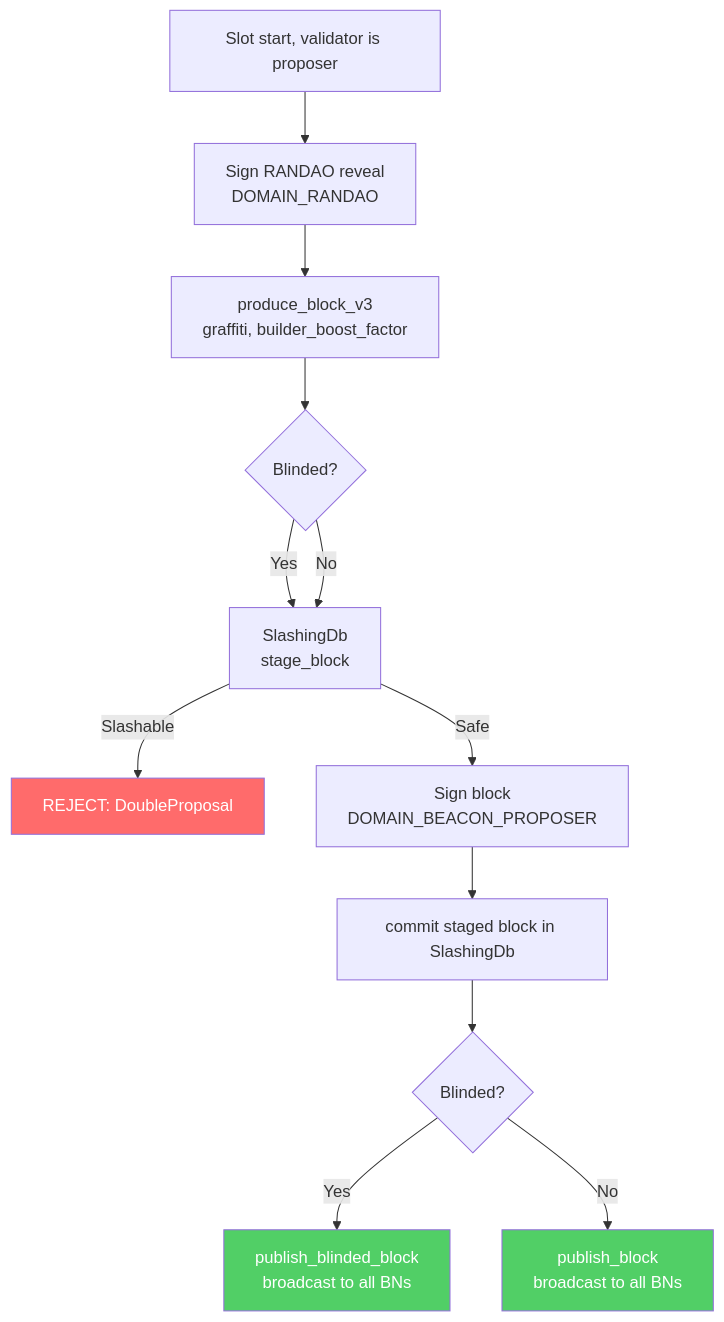
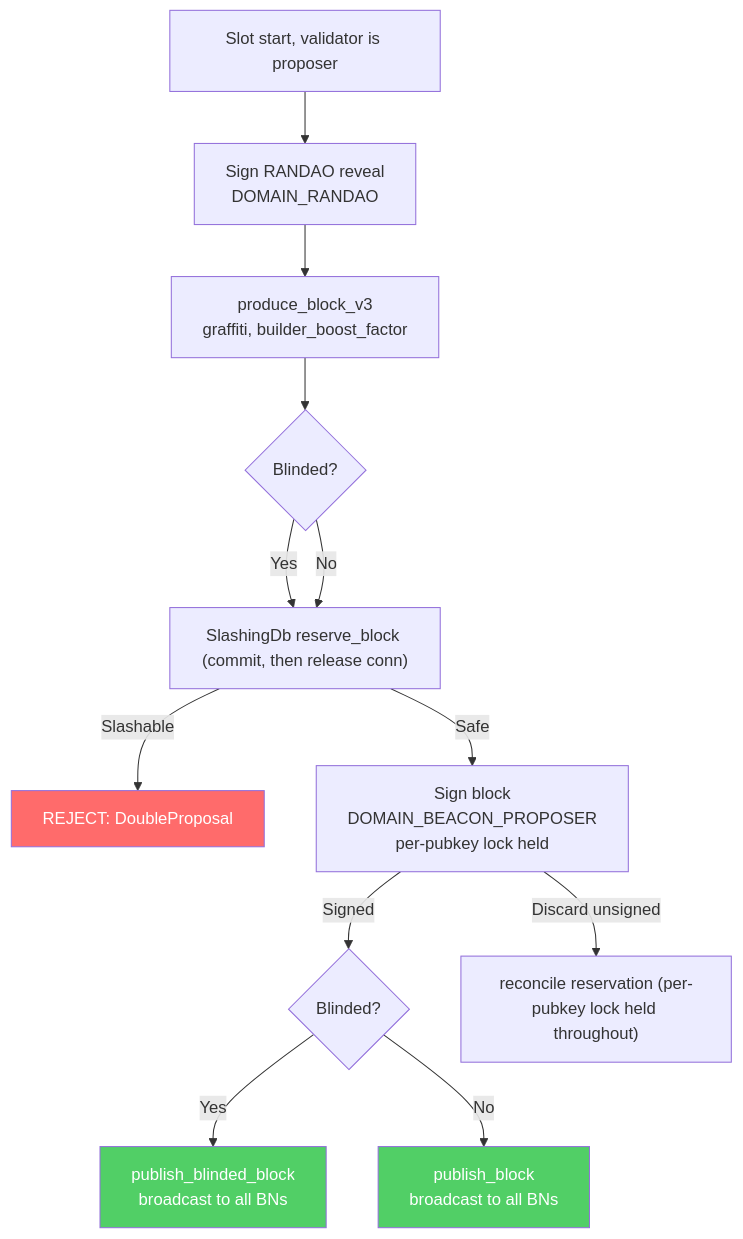
One commit to rootwarp/rvc changed the fifth of 8 diagrams in ARCHITECTURE.md. Above: the diagram before and after it, drawn with Mermaid. The commit also changed other lines of this file and 2 other files, not shown here.

Commit message:
docs: [RR0-04] correct signing-gate lock ownership
The per-pubkey guard is moved into spawn_blocking, and reserve commits
before the sign. Update the gate comments and the block-proposal diagram,
and reject the old lock-ownership phrases in an architecture scan.

````diff
--- a/ARCHITECTURE.md
+++ b/ARCHITECTURE.md
@@ -360,18 +360,18 @@
 ```mermaid
 flowchart TD
     A[Slot start, validator is proposer] --> B[Sign RANDAO reveal<br/>DOMAIN_RANDAO]
     B --> C[produce_block_v3<br/>graffiti, builder_boost_factor]
     C --> D{Blinded?}
-    D -->|Yes| E[SlashingDb<br/>stage_block]
+    D -->|Yes| E["SlashingDb reserve_block (commit, then release conn)"]
     D -->|No| E
     E -->|Slashable| X1[REJECT: DoubleProposal]
-    E -->|Safe| F[Sign block<br/>DOMAIN_BEACON_PROPOSER]
-    F --> G[commit staged block in SlashingDb]
-    G --> H{Blinded?}
+    E -->|Safe| F[Sign block<br/>DOMAIN_BEACON_PROPOSER<br/>per-pubkey lock held]
+    F -->|Signed| H{Blinded?}
+    F -->|Discard unsigned| G["reconcile reservation (per-pubkey lock held throughout)"]
     H -->|Yes| I[publish_blinded_block<br/>broadcast to all BNs]
     H -->|No| J[publish_block<br/>broadcast to all BNs]
 
     style X1 fill:#ff6b6b,color:#fff
     style I fill:#51cf66,color:#fff
     style J fill:#51cf66,color:#fff
 ```
````
